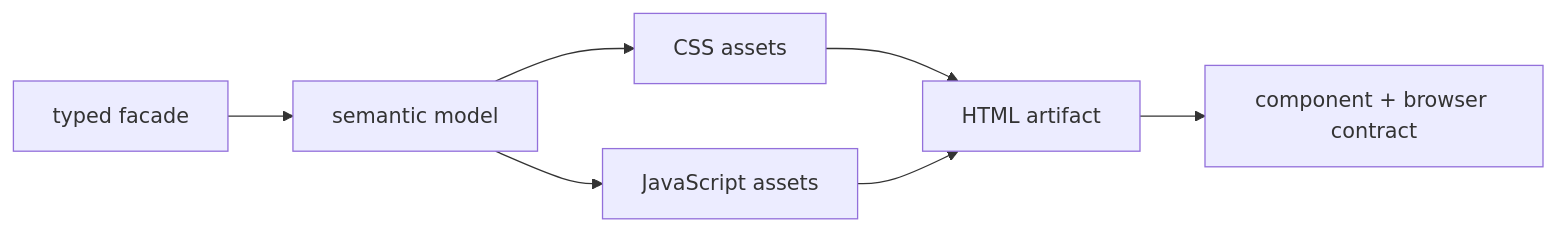
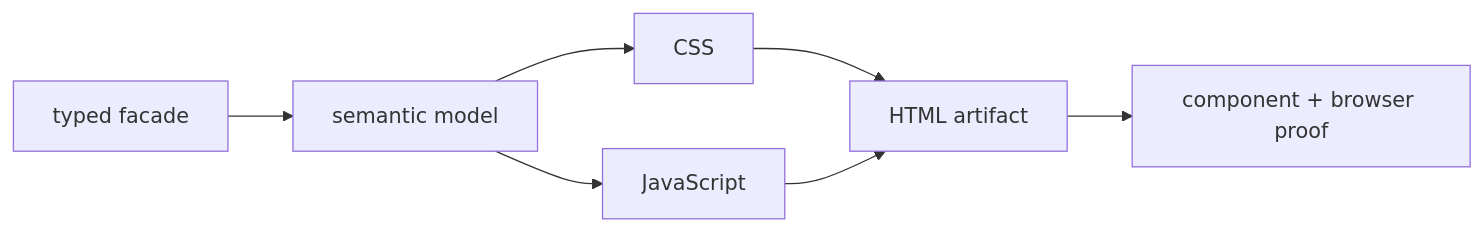
The second of 2 diagrams in docs/README_Atf_CodeBestPractices.md (crististefanita/demo2), drawn with Mermaid before and after one commit. The commit also changed 132 other files, not shown here.

Commit message:
Refine Java ATF reporting assets and Practice Shop validation

````diff
--- a/docs/README_Atf_CodeBestPractices.md
+++ b/docs/README_Atf_CodeBestPractices.md
@@ -136,9 +136,9 @@
 ```mermaid
 flowchart LR
     JavaFacade[typed facade] --> Semantic[semantic model]
-    Semantic --> Css[CSS assets]
-    Semantic --> Js[JavaScript assets]
+    Semantic --> Css[CSS]
+    Semantic --> Js[JavaScript]
     Css --> Html[HTML artifact]
     Js --> Html
-    Html --> Contract[component + browser contract]
+    Html --> Contract[component + browser proof]
 ```
````
